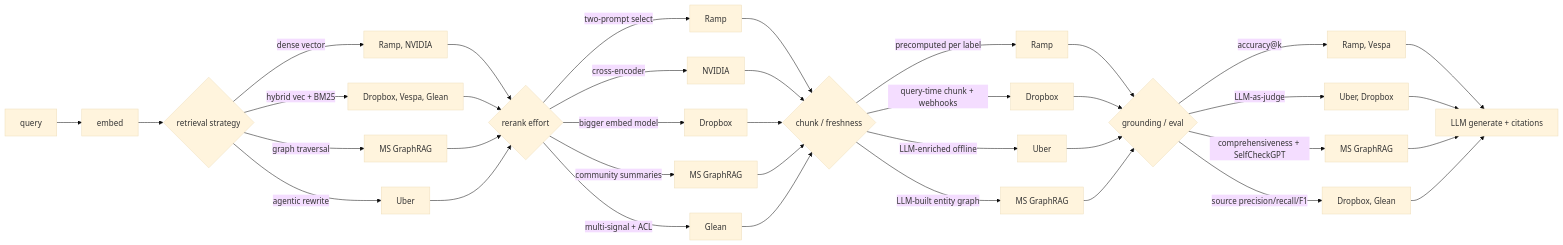
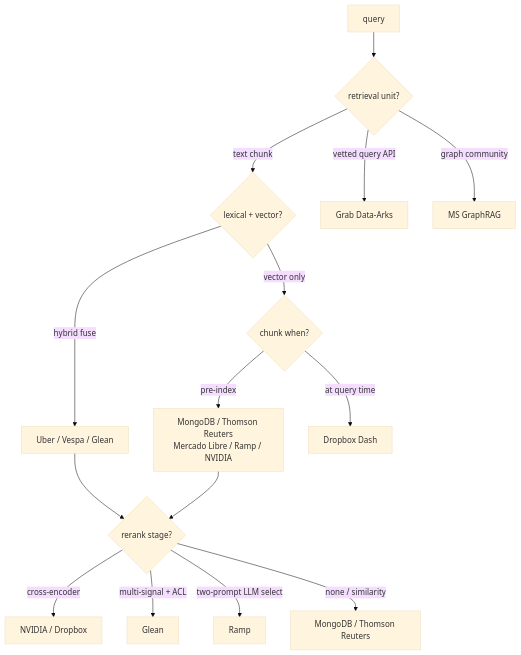
The first of 24 diagrams in CASE-STUDIES.md (neurarch-ai/awesome-llm-system-design), drawn with Mermaid (base theme) before and after one commit. The commit also changed other lines of this file and 1 other file, not shown here.

First line of the commit message:
Refresh comparative diagrams + teardowns for the newly added cases

````diff
--- a/CASE-STUDIES.md
+++ b/CASE-STUDIES.md
@@ -22,39 +22,17 @@
 ```mermaid
-flowchart LR
-  Q["query"] --> E["embed"]
-  E --> RET{"retrieval strategy"}
-  RET -->|"dense vector"| V["Ramp, NVIDIA"]
-  RET -->|"hybrid vec + BM25"| H["Dropbox, Vespa, Glean"]
-  RET -->|"graph traversal"| GR["MS GraphRAG"]
-  RET -->|"agentic rewrite"| AG["Uber"]
-  V --> RR{"rerank effort"}
-  H --> RR
-  GR --> RR
-  AG --> RR
-  RR -->|"two-prompt select"| RA["Ramp"]
-  RR -->|"cross-encoder"| RN["NVIDIA"]
-  RR -->|"bigger embed model"| RD["Dropbox"]
-  RR -->|"community summaries"| RG["MS GraphRAG"]
-  RR -->|"multi-signal + ACL"| RGL["Glean"]
-  RA --> CH{"chunk / freshness"}
-  RN --> CH
-  RD --> CH
-  RG --> CH
-  RGL --> CH
-  CH -->|"precomputed per label"| CR["Ramp"]
-  CH -->|"query-time chunk + webhooks"| CD["Dropbox"]
-  CH -->|"LLM-enriched offline"| CU["Uber"]
-  CH -->|"LLM-built entity graph"| CG["MS GraphRAG"]
-  CR --> EV{"grounding / eval"}
-  CD --> EV
-  CU --> EV
-  CG --> EV
-  EV -->|"accuracy@k"| EA["Ramp, Vespa"]
-  EV -->|"LLM-as-judge"| EU["Uber, Dropbox"]
-  EV -->|"comprehensiveness + SelfCheckGPT"| EG["MS GraphRAG"]
-  EV -->|"source precision/recall/F1"| EF["Dropbox, Glean"]
-  EA --> G["LLM generate + citations"]
-  EU --> G
-  EG --> G
-  EF --> G
+flowchart TD
+  Q["query"] --> D1{"retrieval unit?"}
+  D1 -->|"text chunk"| D2{"lexical + vector?"}
+  D1 -->|"vetted query API"| GRAB["Grab Data-Arks"]
+  D1 -->|"graph community"| MSFT["MS GraphRAG"]
+  D2 -->|"vector only"| D3{"chunk when?"}
+  D2 -->|"hybrid fuse"| HY["Uber / Vespa / Glean"]
+  D3 -->|"pre-index"| PV["MongoDB / Thomson Reuters<br/>Mercado Libre / Ramp / NVIDIA"]
+  D3 -->|"at query time"| DBX["Dropbox Dash"]
+  HY --> RR{"rerank stage?"}
+  PV --> RR
+  RR -->|"cross-encoder"| NV["NVIDIA / Dropbox"]
+  RR -->|"multi-signal + ACL"| GL["Glean"]
+  RR -->|"two-prompt LLM select"| RAMP["Ramp"]
+  RR -->|"none / similarity"| SIM["MongoDB / Thomson Reuters"]
 ```
````
